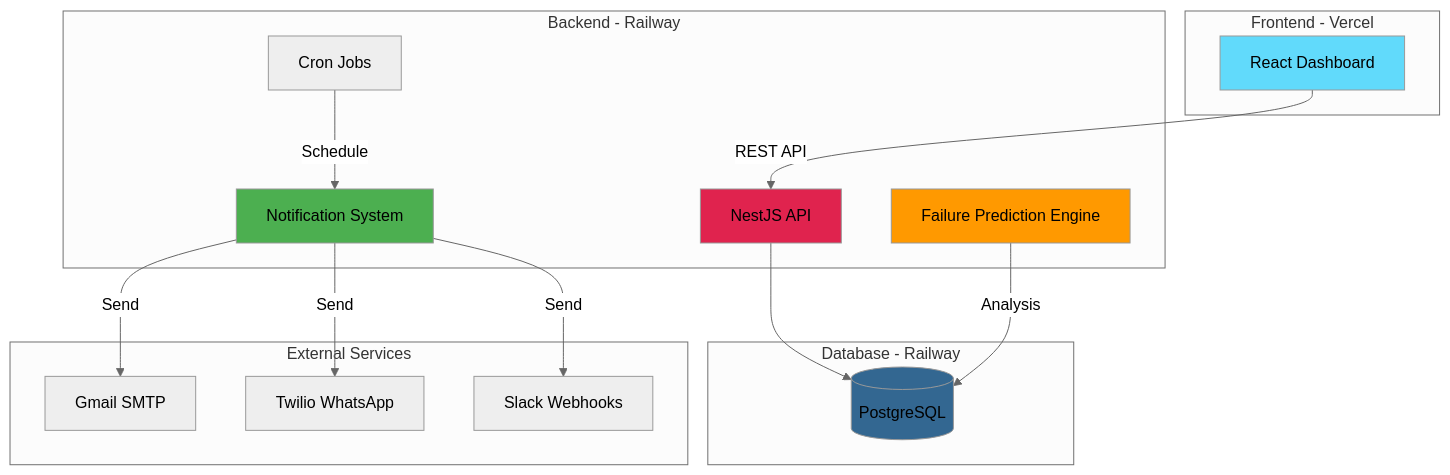
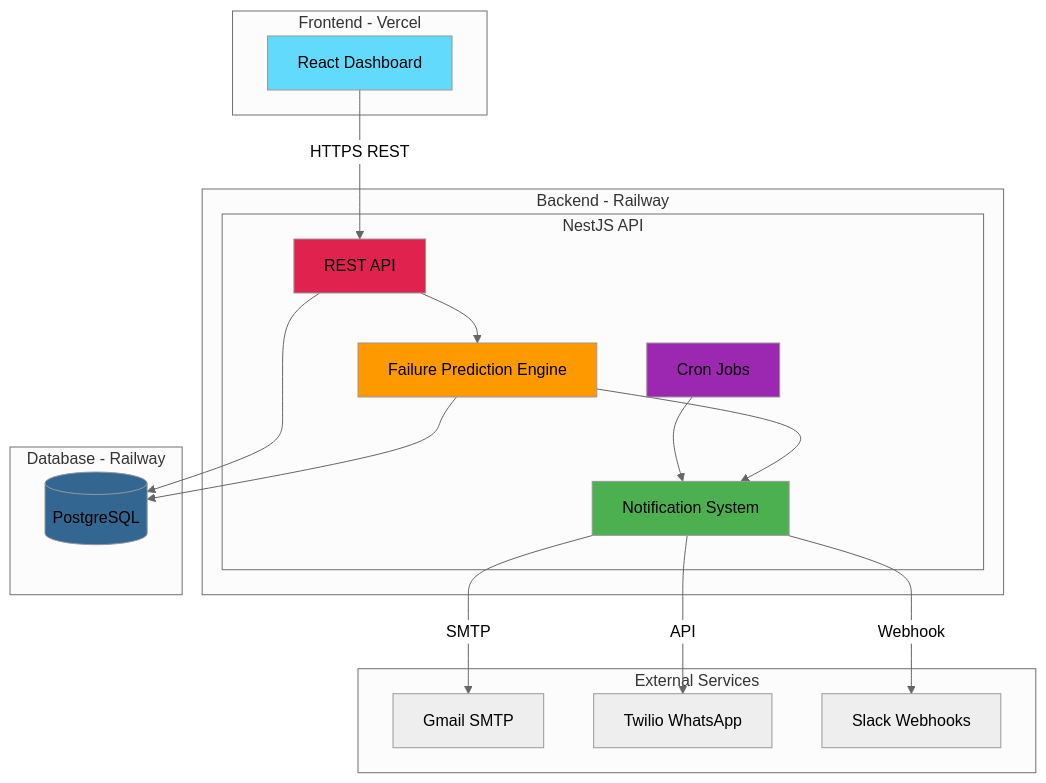
Before and after one commit to juandarn/Yuno-Back-Reto2: the first of 5 diagrams in README.md, drawn with Mermaid (neutral theme). The commit also changed other lines of this file, not shown here.

First line of the commit message:
Revise component diagrams and service connections

````diff
--- a/README.md
+++ b/README.md
@@ -121,37 +121,42 @@
 ```mermaid
 graph TB
     subgraph "Frontend - Vercel"
         FE[React Dashboard]
     end
     
     subgraph "Backend - Railway"
-        API[NestJS API]
-        CRON[Cron Jobs]
-        FP[Failure Prediction Engine]
-        NOTIF[Notification System]
+        subgraph "NestJS API"
+            API[REST API]
+            FP[Failure Prediction Engine]
+            NOTIF[Notification System]
+            CRON[Cron Jobs]
+        end
     end
     
     subgraph "Database - Railway"
         DB[(PostgreSQL)]
     end
     
     subgraph "External Services"
         GMAIL[Gmail SMTP]
         TWILIO[Twilio WhatsApp]
         SLACK[Slack Webhooks]
     end
     
-    FE -->|REST API| API
+    FE -->|HTTPS REST| API
     API --> DB
-    CRON -->|Schedule| NOTIF
-    FP -->|Analysis| DB
-    NOTIF -->|Send| GMAIL
-    NOTIF -->|Send| TWILIO
-    NOTIF -->|Send| SLACK
+    API --> FP
+    FP --> DB
+    CRON --> NOTIF
+    FP --> NOTIF
+    NOTIF -->|SMTP| GMAIL
+    NOTIF -->|API| TWILIO
+    NOTIF -->|Webhook| SLACK
     
     style FE fill:#61dafb
     style API fill:#e0234e
     style DB fill:#336791
     style FP fill:#ff9900
     style NOTIF fill:#4caf50
+    style CRON fill:#9c27b0
 ```
````
